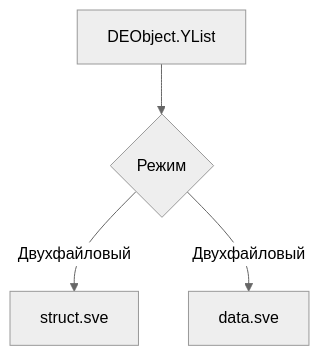
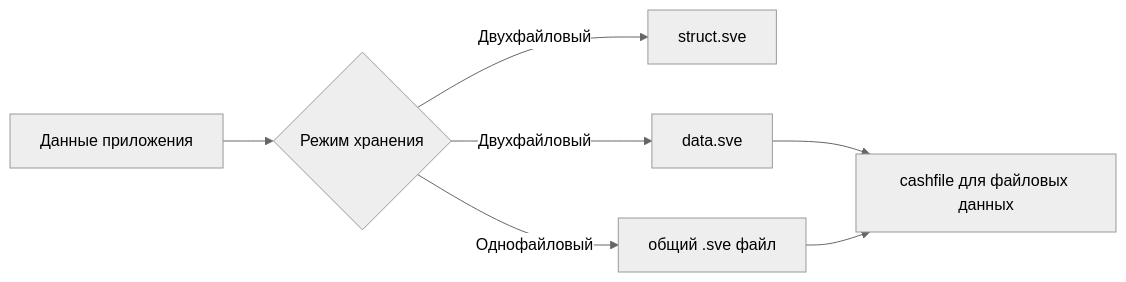
Before and after one commit to matskaleksandr/GDELib: the diagram in docs/FileFormat.md, drawn with Mermaid (neutral theme). The commit also changed other lines of this file and 8 other files, not shown here.

````diff
--- a/docs/FileFormat.md
+++ b/docs/FileFormat.md
@@ -47,6 +72,9 @@
 ```mermaid
-flowchart TD
-    A[DEObject.YList] --> B{Режим}
+flowchart LR
+    A[Данные приложения] --> B{Режим хранения}
     B -->|Двухфайловый| C[struct.sve]
     B -->|Двухфайловый| D[data.sve]
+    B -->|Однофайловый| E[общий .sve файл]
+    D --> F[cashfile для файловых данных]
+    E --> F
 ```
````
